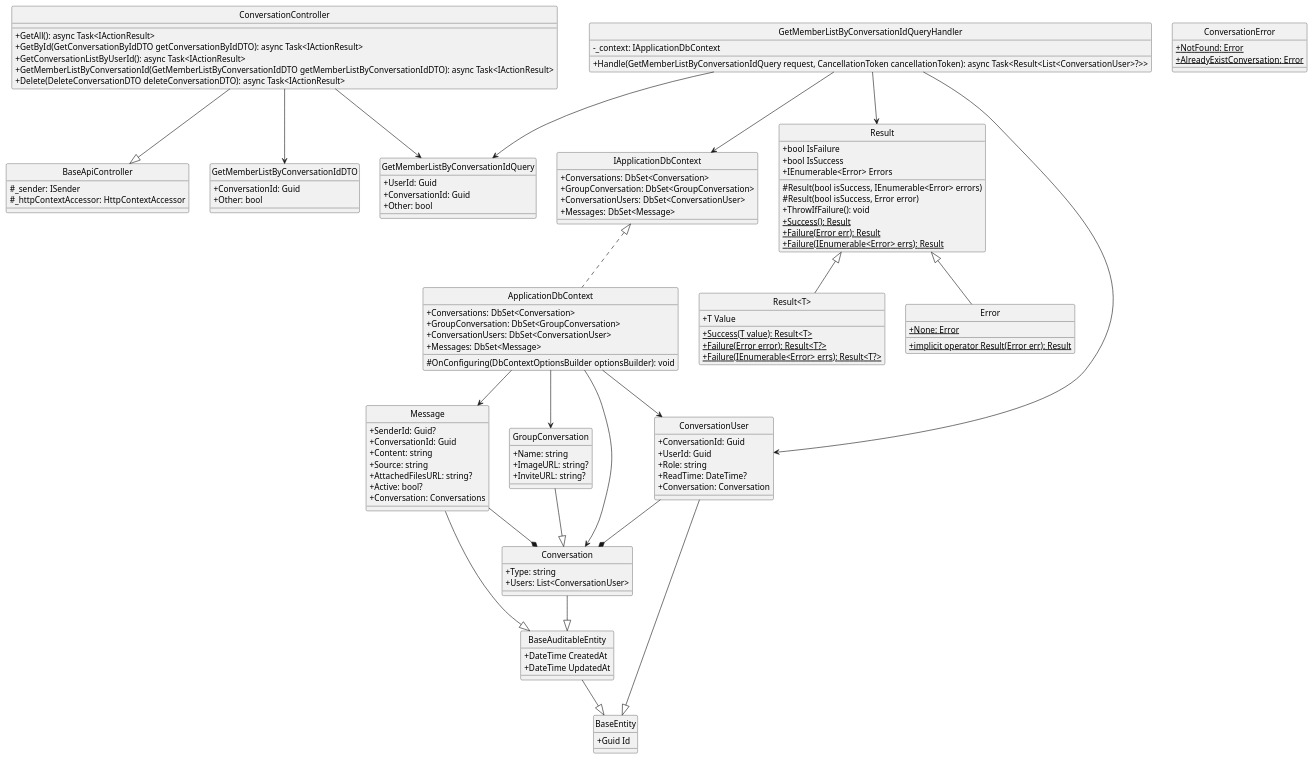
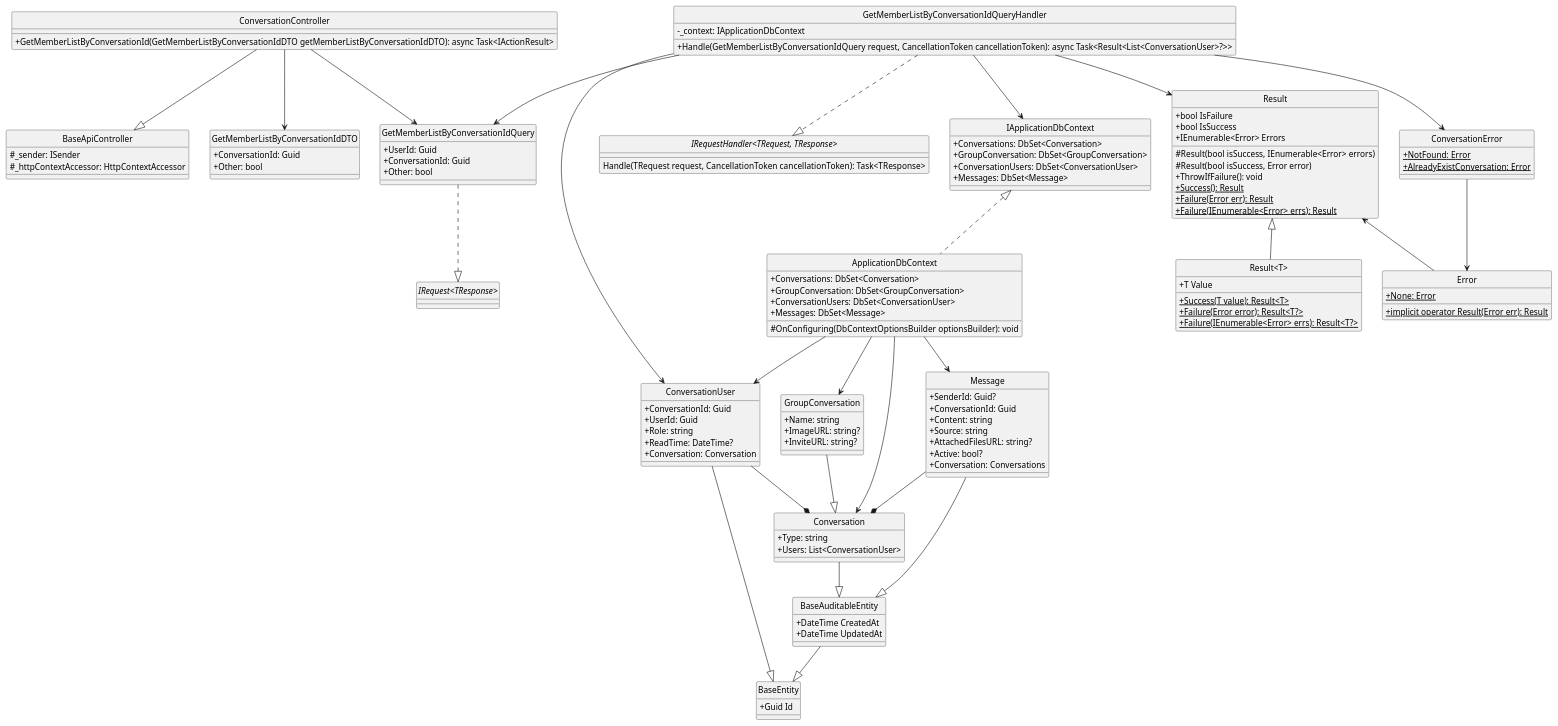
Before and after one commit to Carl-Johnsons/Chat-Application: the diagram in docs/Class Diagram/Conversation/GetMemberListByConversationId/ClassDiagram.plantuml, drawn with PlantUML. The commit also changed 13 other files, not shown here.

Commit message:
update conversation class diagram

```diff
--- a/docs/Class Diagram/Conversation/GetMemberListByConversationId/ClassDiagram.plantuml
+++ b/docs/Class Diagram/Conversation/GetMemberListByConversationId/ClassDiagram.plantuml
@@ -1,142 +1,147 @@
-@startuml 
+@startuml GetMemberListByConversationId
 hide circle
 skinparam classAttributeIconSize 0
 
 class BaseApiController {
     #_sender: ISender
     #_httpContextAccessor: HttpContextAccessor
 }
 
 class ConversationController {
-    +GetAll(): async Task<IActionResult>
-    +GetById(GetConversationByIdDTO getConversationByIdDTO): async Task<IActionResult>
-    +GetConversationListByUserId(): async Task<IActionResult>
     +GetMemberListByConversationId(GetMemberListByConversationIdDTO getMemberListByConversationIdDTO): async Task<IActionResult>
-    +Delete(DeleteConversationDTO deleteConversationDTO): async Task<IActionResult>
 }
 
 class GetMemberListByConversationIdQuery{
     +UserId: Guid
     +ConversationId: Guid
     +Other: bool
 }
 
 class GetMemberListByConversationIdQueryHandler{
     -_context: IApplicationDbContext
     +Handle(GetMemberListByConversationIdQuery request, CancellationToken cancellationToken): async Task<Result<List<ConversationUser>?>>
 }
 
 class IApplicationDbContext {
     +Conversations: DbSet<Conversation>
     +GroupConversation: DbSet<GroupConversation>
     +ConversationUsers: DbSet<ConversationUser>
     +Messages: DbSet<Message>
 }
 
 class ApplicationDbContext {
     +Conversations: DbSet<Conversation>
     +GroupConversation: DbSet<GroupConversation>
     +ConversationUsers: DbSet<ConversationUser>
     +Messages: DbSet<Message>
     #OnConfiguring(DbContextOptionsBuilder optionsBuilder): void
 }
 
 class Result {
     +bool IsFailure
     +bool IsSuccess
     +IEnumerable<Error> Errors
     #Result(bool isSuccess, IEnumerable<Error> errors)
     #Result(bool isSuccess, Error error)
     +ThrowIfFailure(): void
     {static} +Success(): Result
     {static} +Failure(Error err): Result
     {static} +Failure(IEnumerable<Error> errs): Result
 }
 
 class "Result<T>" {
     +T Value
     {static} +Success(T value): Result<T>
     {static} +Failure(Error error): Result<T?>
     {static} +Failure(IEnumerable<Error> errs): Result<T?>
 }
 
 class Error {
     {static} +None: Error
     {static} +implicit operator Result(Error err): Result
 }
 
 class GetMemberListByConversationIdDTO{
     +ConversationId: Guid
     +Other: bool
 }
 
 class ConversationError{
     {static} +NotFound: Error
     {static} +AlreadyExistConversation: Error
 }
 
 class BaseEntity {
     +Guid Id
 }
 
 class BaseAuditableEntity{
     +DateTime CreatedAt
     +DateTime UpdatedAt
 }
 
 class Conversation {
     +Type: string
     +Users: List<ConversationUser>
 }
 
 class GroupConversation {
     +Name: string
     +ImageURL: string?
     +InviteURL: string?
 }
 
 class ConversationUser {
     +ConversationId: Guid
     +UserId: Guid
     +Role: string
     +ReadTime: DateTime?
     +Conversation: Conversation
 }
 
 class Message {
     +SenderId: Guid?
     +ConversationId: Guid
     +Content: string
     +Source: string
     +AttachedFilesURL: string?
     +Active: bool?
     +Conversation: Conversations
 }
 
+interface "IRequest<TResponse>"
+interface "IRequestHandler<TRequest, TResponse>"{
+    Handle(TRequest request, CancellationToken cancellationToken): Task<TResponse>
+}
+
 ConversationController --|> BaseApiController
 ConversationController --> GetMemberListByConversationIdQuery
 
 ConversationController --> GetMemberListByConversationIdDTO
 
+GetMemberListByConversationIdQuery ..|> "IRequest<TResponse>"
+GetMemberListByConversationIdQueryHandler ..|> "IRequestHandler<TRequest, TResponse>"
 GetMemberListByConversationIdQueryHandler --> GetMemberListByConversationIdQuery
 GetMemberListByConversationIdQueryHandler --> ConversationUser
 GetMemberListByConversationIdQueryHandler --> Result
 GetMemberListByConversationIdQueryHandler --> IApplicationDbContext
+GetMemberListByConversationIdQueryHandler --> ConversationError
 
 IApplicationDbContext <|.. ApplicationDbContext
-Result <|-- Error
+Result <-- Error
 Result <|-- "Result<T>"
+ConversationError --> Error
 
 ApplicationDbContext --> Conversation
 ApplicationDbContext --> GroupConversation
 ApplicationDbContext --> ConversationUser
 ApplicationDbContext --> Message
 
 Conversation --|> BaseAuditableEntity
 GroupConversation --|> Conversation
 ConversationUser --|> BaseEntity
 ConversationUser --* Conversation
 Message --|> BaseAuditableEntity
 Message --* Conversation
 BaseAuditableEntity --|> BaseEntity
 @enduml
```
